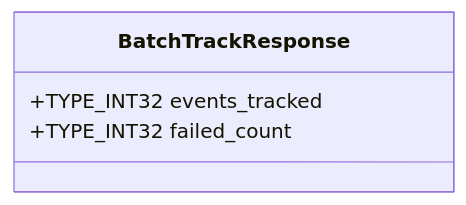
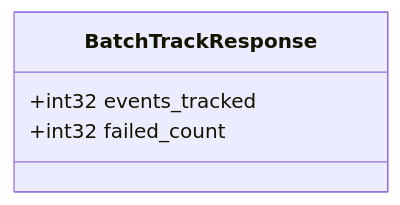
Diagram 11 of 49 in test-monorepo/docs/consolidated/AnalyticsService.md (kyivinua/root), drawn with Mermaid before and after one commit. The commit also changed other lines of this file and 5 other files, not shown here.

````diff
--- a/test-monorepo/docs/consolidated/AnalyticsService.md
+++ b/test-monorepo/docs/consolidated/AnalyticsService.md
@@ -462,7 +560,7 @@
 ```mermaid
 classDiagram
     class BatchTrackResponse {
-        +TYPE_INT32 events_tracked
-        +TYPE_INT32 failed_count
+        +int32 events_tracked
+        +int32 failed_count
     }
 ```
````
